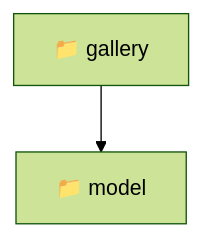
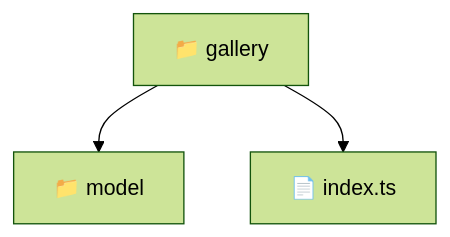
The diagram in frontend/src/features/gallery/README.md (beginwebdev2002/fullstack-mavluda), drawn with Mermaid (forest theme) before and after one commit. The commit also changed other lines of this file and 165 other files, not shown here.

First line of the commit message:
docs: generate localized architectural READMEs

````diff
--- a/frontend/src/features/gallery/README.md
+++ b/frontend/src/features/gallery/README.md
@@ -10,5 +11,6 @@
 ```mermaid
 graph TD
-  Root["📁 gallery"]
-  Root --> model["📁 model"]
+  gallery["📁 gallery"]
+  gallery --> model["📁 model"]
+  gallery --> index_ts["📄 index.ts"]
 ```
````
